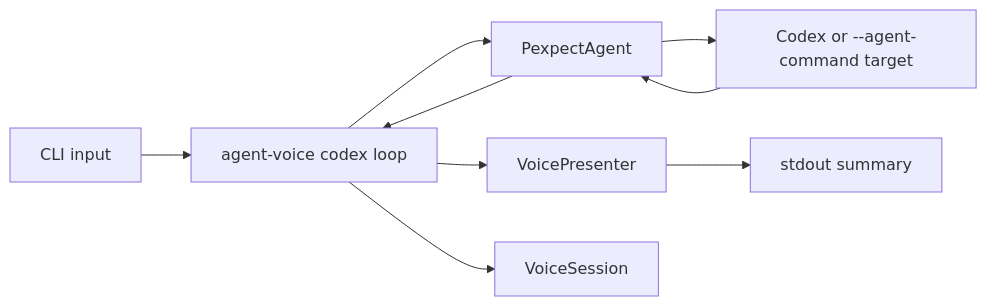
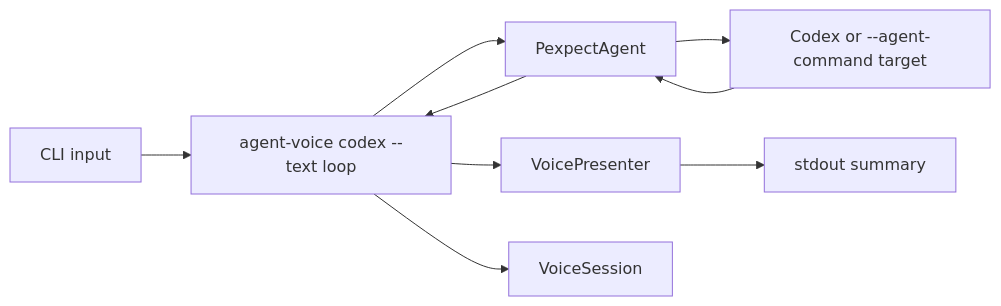
One commit to m1ser4ble/agent-voice changed the second of 3 diagrams in docs/architecture.md. Above: the diagram before and after it, drawn with Mermaid. The commit also changed other lines of this file and 5 other files, not shown here.

Commit message:
feat: reserve codex command for voice mode

````diff
--- a/docs/architecture.md
+++ b/docs/architecture.md
@@ -212,18 +212,18 @@
 ```mermaid
 flowchart LR
     UserText[CLI input]
-    CLILoop[agent-voice codex loop]
+    CLILoop[agent-voice codex --text loop]
     Adapter[PexpectAgent]
     Agent[Codex or --agent-command target]
     Presenter[VoicePresenter]
     Stdout[stdout summary]
     Session[VoiceSession]
 
     UserText --> CLILoop
     CLILoop --> Session
     CLILoop --> Adapter
     Adapter --> Agent
     Agent --> Adapter
     Adapter --> CLILoop
     CLILoop --> Presenter --> Stdout
 ```
````
